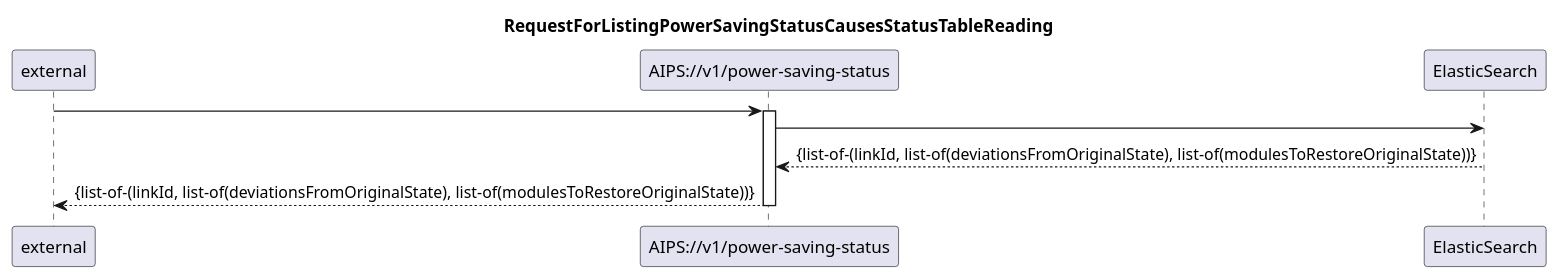
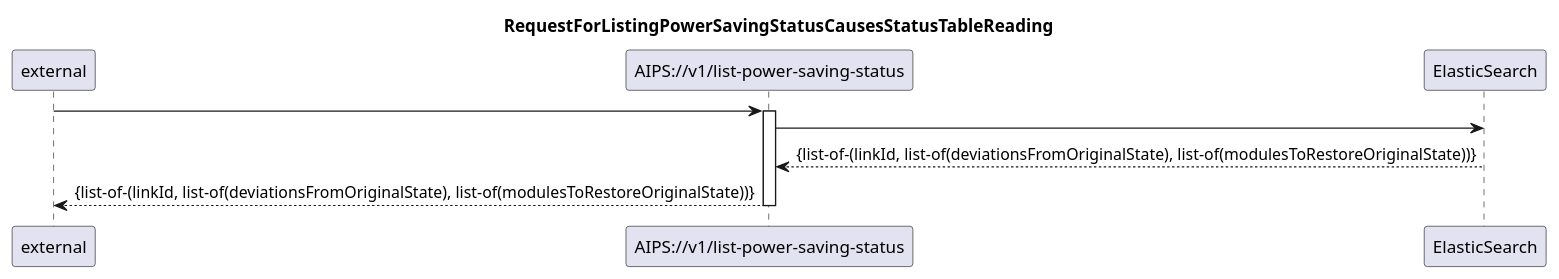
The diagram in spec/diagrams/07 Power Saving Status/701_listPowerSavingStatus.plantuml (openBackhaul/AirInterfacePowerSaver), drawn with PlantUML before and after one commit. The commit also changed 6 other files, not shown here.

```diff
--- a/spec/diagrams/07 Power Saving Status/701_listPowerSavingStatus.plantuml
+++ b/spec/diagrams/07 Power Saving Status/701_listPowerSavingStatus.plantuml
@@ -1,22 +1,22 @@
 @startuml 702_listPowerSavingStatus
 skinparam responseMessageBelowArrow true
 
 title
 RequestForListingPowerSavingStatusCausesStatusTableReading
 end title
 
 participant "external" as requestor
-participant "AIPS://v1/power-saving-status" as listStatus
+participant "AIPS://v1/list-power-saving-status" as listStatus
 participant "ElasticSearch" as es
 
 requestor -> listStatus:
 activate listStatus
 
 listStatus -> es
 es --> listStatus: {list-of-(linkId, list-of(deviationsFromOriginalState), list-of(modulesToRestoreOriginalState))}
 
 listStatus --> requestor: {list-of-(linkId, list-of(deviationsFromOriginalState), list-of(modulesToRestoreOriginalState))}
 
 deactivate listStatus 
 
 @enduml
```
